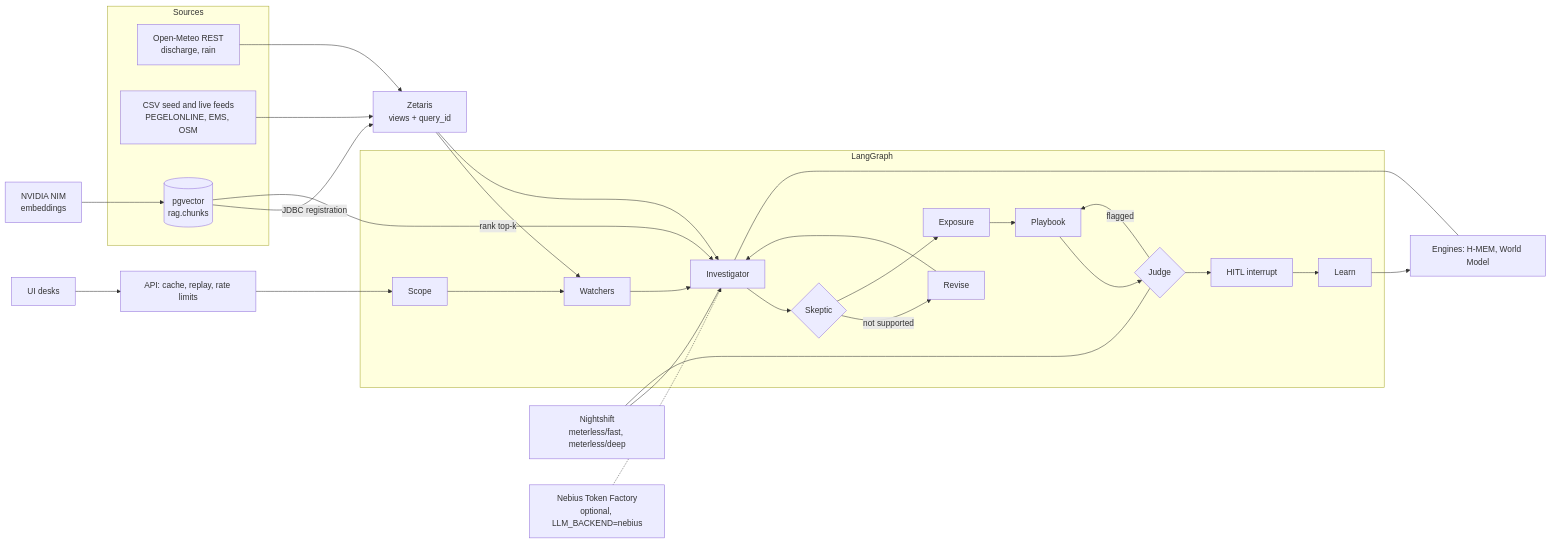
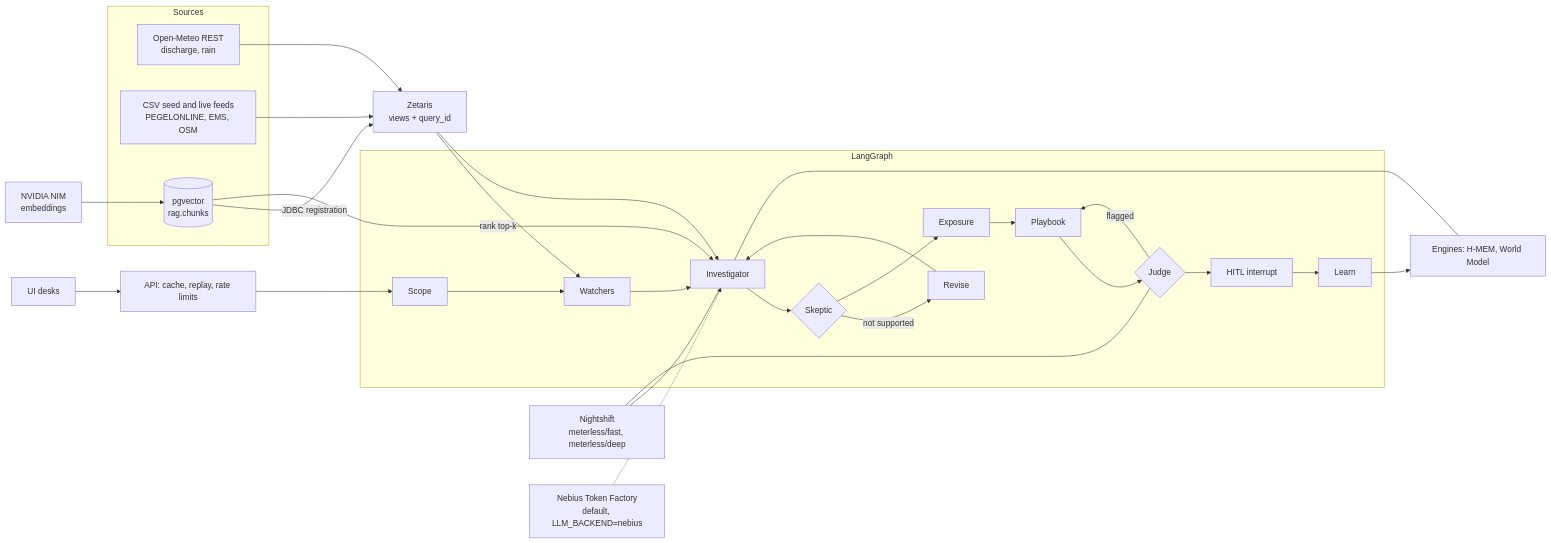
The diagram in docs/architecture/technical-highlights.md (GenAI-Open-Agent-Hackathon/FloodSenseEU-Hackathon-Monorepo), drawn with Mermaid before and after one commit. The commit also changed other lines of this file and 18 other files, not shown here.

Commit message:
feat: nebius is the default LLM backend with verified Nemotron ids

````diff
--- a/docs/architecture/technical-highlights.md
+++ b/docs/architecture/technical-highlights.md
@@ -7,30 +7,30 @@
 ```mermaid
 flowchart LR
   subgraph Sources
     OM[Open-Meteo REST<br/>discharge, rain]
     CSV[CSV seed and live feeds<br/>PEGELONLINE, EMS, OSM]
     PG[(pgvector<br/>rag.chunks)]
   end
   OM --> Z[Zetaris<br/>views + query_id]
   CSV --> Z
   PG -- JDBC registration --> Z
   NIM[NVIDIA NIM<br/>embeddings] --> PG
   subgraph LangGraph
     S[Scope] --> W[Watchers] --> I[Investigator]
     I --> SK{Skeptic}
     SK -- not supported --> R[Revise] --> I
     SK --> E[Exposure] --> P[Playbook] --> J{Judge}
     J -- flagged --> P
     J --> H[HITL interrupt] --> L[Learn]
   end
   Z --> W
   Z --> I
   PG -- rank top-k --> I
   NS[Nightshift<br/>meterless/fast, meterless/deep] --- I
   NS --- J
-  NB[Nebius Token Factory<br/>optional, LLM_BACKEND=nebius] -.-> I
+  NB[Nebius Token Factory<br/>default, LLM_BACKEND=nebius] -.-> I
   ENG[Engines: H-MEM, World Model] --- I
   L --> ENG
   API[API: cache, replay, rate limits] --> S
   UI[UI desks] --> API
 ```
````
